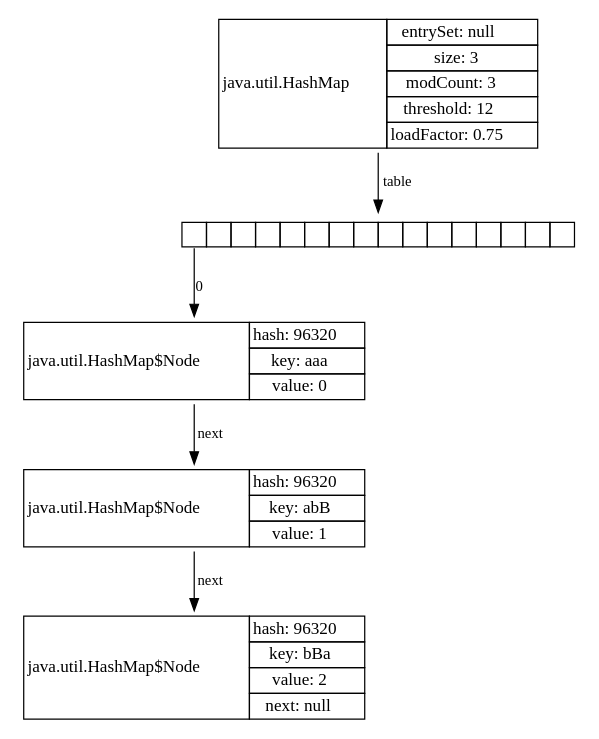
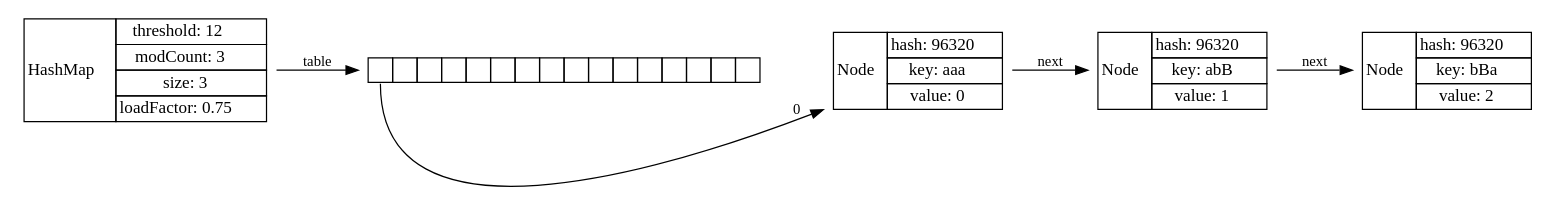
One commit to openjdk/jol changed diagram 13 of 18 in doc/src/main/asciidoc/start.adoc. Above: the diagram before and after it, drawn with Graphviz. The commit also changed other lines of this file and 3 other files, not shown here.

```diff
--- a/doc/src/main/asciidoc/start.adoc
+++ b/doc/src/main/asciidoc/start.adoc
@@ -1253,24 +1131,21 @@
 [graphviz]
 ----
 digraph Java {
-	rankdir="TB";
+	rankdir="LR";
 	node[shape=plaintext]
 	n1[label=<
 		<table border='0' cellborder='1' cellspacing='0'>
 			<tr>
-				<td rowspan='6'>java.util.HashMap</td>
+				<td rowspan='5'>HashMap</td>
 			</tr>
 			<tr>
-				<td>entrySet: null</td>
-			</tr>
-			<tr>
-				<td>size: 3</td>
+				<td>threshold: 12</td>
 			</tr>
 			<tr>
 				<td>modCount: 3</td>
 			</tr>
 			<tr>
-				<td>threshold: 12</td>
+				<td>size: 3</td>
 			</tr>
 			<tr>
 				<td>loadFactor: 0.75</td>
@@ -1302,7 +1177,7 @@
 	n3[label=<
 		<table border='0' cellborder='1' cellspacing='0'>
 			<tr>
-				<td rowspan='4'>java.util.HashMap$Node</td>
+				<td rowspan='4'>Node</td>
 			</tr>
 			<tr>
 				<td>hash: 96320</td>
@@ -1318,7 +1193,7 @@
 	n4[label=<
 		<table border='0' cellborder='1' cellspacing='0'>
 			<tr>
-				<td rowspan='4'>java.util.HashMap$Node</td>
+				<td rowspan='4'>Node</td>
 			</tr>
 			<tr>
 				<td>hash: 96320</td>
@@ -1334,7 +1209,7 @@
 	n5[label=<
 		<table border='0' cellborder='1' cellspacing='0'>
 			<tr>
-				<td rowspan='5'>java.util.HashMap$Node</td>
+				<td rowspan='4'>Node</td>
 			</tr>
 			<tr>
 				<td>hash: 96320</td>
@@ -1345,9 +1220,6 @@
 			<tr>
 				<td>value: 2</td>
 			</tr>
-			<tr>
-				<td>next: null</td>
-			</tr>
 		</table>
 	>];
 	n4 -> n5[label="next",fontsize=12];
@@ -1355,5 +1227,4 @@
 	n2:f0 -> n3[label="0",fontsize=12];
 	n1 -> n2[label="table",fontsize=12];
 }
-
 ----
```
